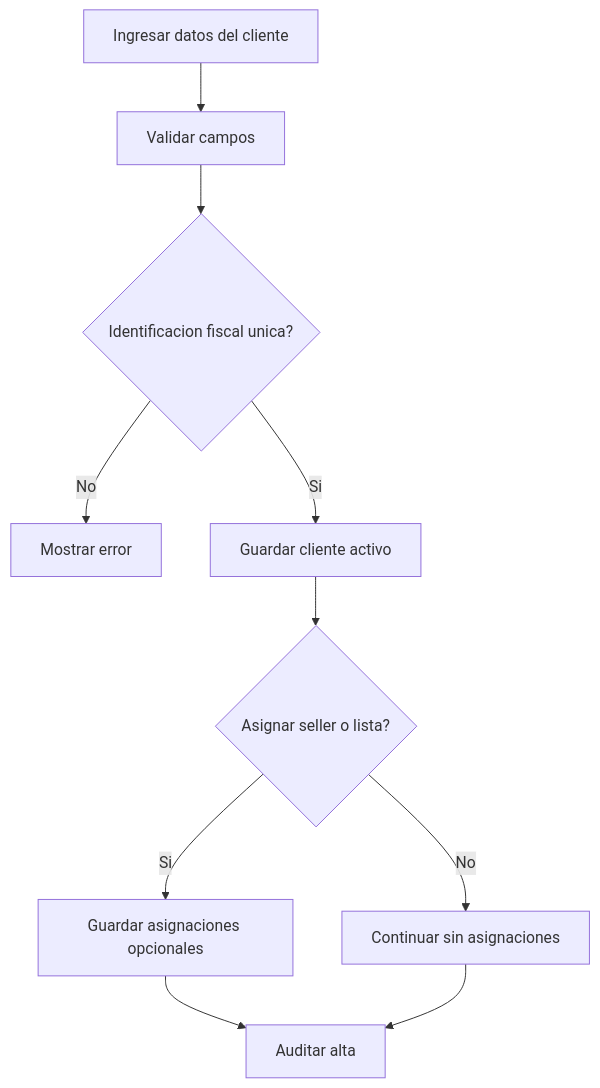
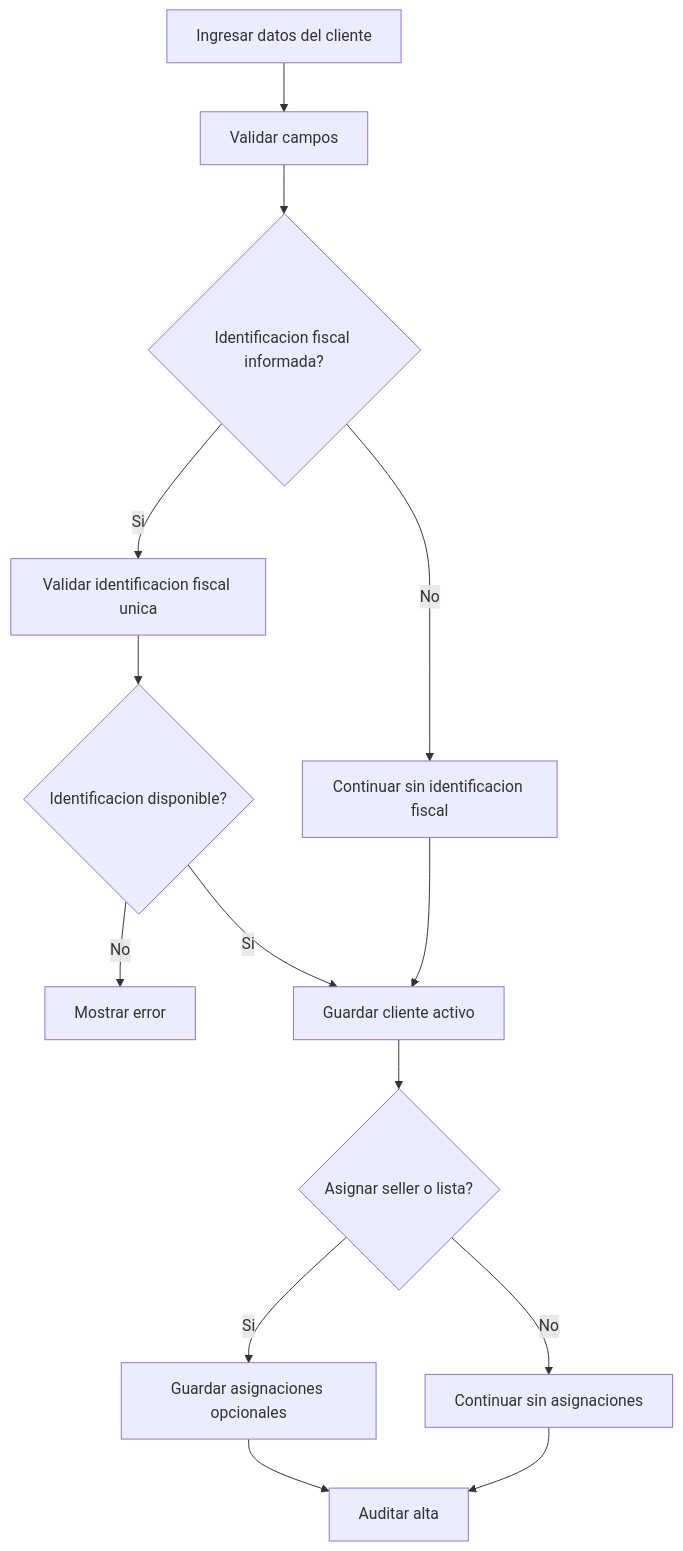
The diagram in docs/diagrams/customer/flow-create-customer.md (Martinrc93/distribuidoraCore), drawn with Mermaid before and after one commit. The commit also changed 149 other files, not shown here.

````diff
--- a/docs/diagrams/customer/flow-create-customer.md
+++ b/docs/diagrams/customer/flow-create-customer.md
@@ -3,12 +3,16 @@
 ```mermaid
 flowchart TD
     A[Ingresar datos del cliente] --> B[Validar campos]
-    B --> C{Identificacion fiscal unica?}
-    C -->|No| D[Mostrar error]
-    C -->|Si| E[Guardar cliente activo]
-    E --> F{Asignar seller o lista?}
-    F -->|Si| G[Guardar asignaciones opcionales]
-    F -->|No| H[Continuar sin asignaciones]
-    G --> I[Auditar alta]
-    H --> I
+    B --> C{Identificacion fiscal informada?}
+    C -->|Si| D[Validar identificacion fiscal unica]
+    C -->|No| E[Continuar sin identificacion fiscal]
+    D --> F{Identificacion disponible?}
+    F -->|No| G[Mostrar error]
+    F -->|Si| H[Guardar cliente activo]
+    E --> H
+    H --> I{Asignar seller o lista?}
+    I -->|Si| J[Guardar asignaciones opcionales]
+    I -->|No| K[Continuar sin asignaciones]
+    J --> L[Auditar alta]
+    K --> L
 ```
````
